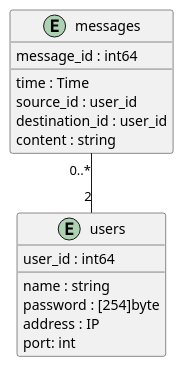
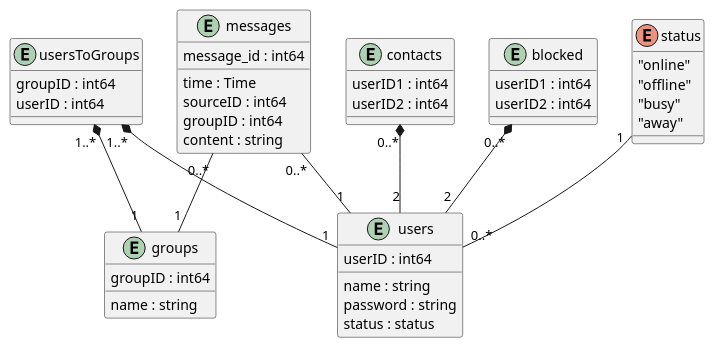
Before and after one commit to scanim-valentin/training-restful-go: the diagram in exercice_2/plantuml/db_class.wsd, drawn with PlantUML. The commit also changed 4 other files, not shown here.

Commit message:
Updated UML and created frontend mockup

```diff
--- a/exercice_2/plantuml/db_class.wsd
+++ b/exercice_2/plantuml/db_class.wsd
@@ -1,25 +1,58 @@
 @startuml db_class 
 
-' time + source_id (foreign) + destination_id (foreign) could be a primary key
 entity messages{
     message_id : int64
     __
     time : Time
-    source_id : user_id
-    destination_id : user_id
+    sourceID : int64
+    groupID : int64
     content : string
 }
 
-entity users{
-    user_id : int64
+entity contacts{
+    userID1 : int64
+    userID2 : int64
+}
+
+entity blocked{
+    userID1 : int64
+    userID2 : int64
+}
+
+entity usersToGroups{
+    groupID : int64
+    userID : int64
+}
+
+entity groups{
+    groupID : int64
     __
     name : string
-    password : [254]byte
-    address : IP
-    port: int
+}
+
+entity users{
+    userID : int64
+    __
+    name : string
+    password : string
+    status : status
+}
+
+enum status {
+    "online"
+    "offline"
+    "busy"
+    "away"
 }
 
 
-messages "0..*" -- "2" users
+messages "0..*" -- "1" users
+messages "0..*" -- "1" groups
+
+contacts "0..*" *-- "2" users
+blocked "0..*" *-- "2" users
+status "1" -- "0..*" users
+usersToGroups "1..*" *-- "1" users
+usersToGroups "1..*" *-- "1" groups
 
 @enduml
```
